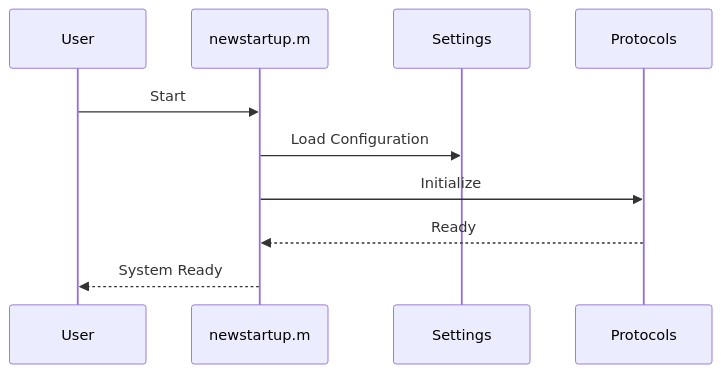
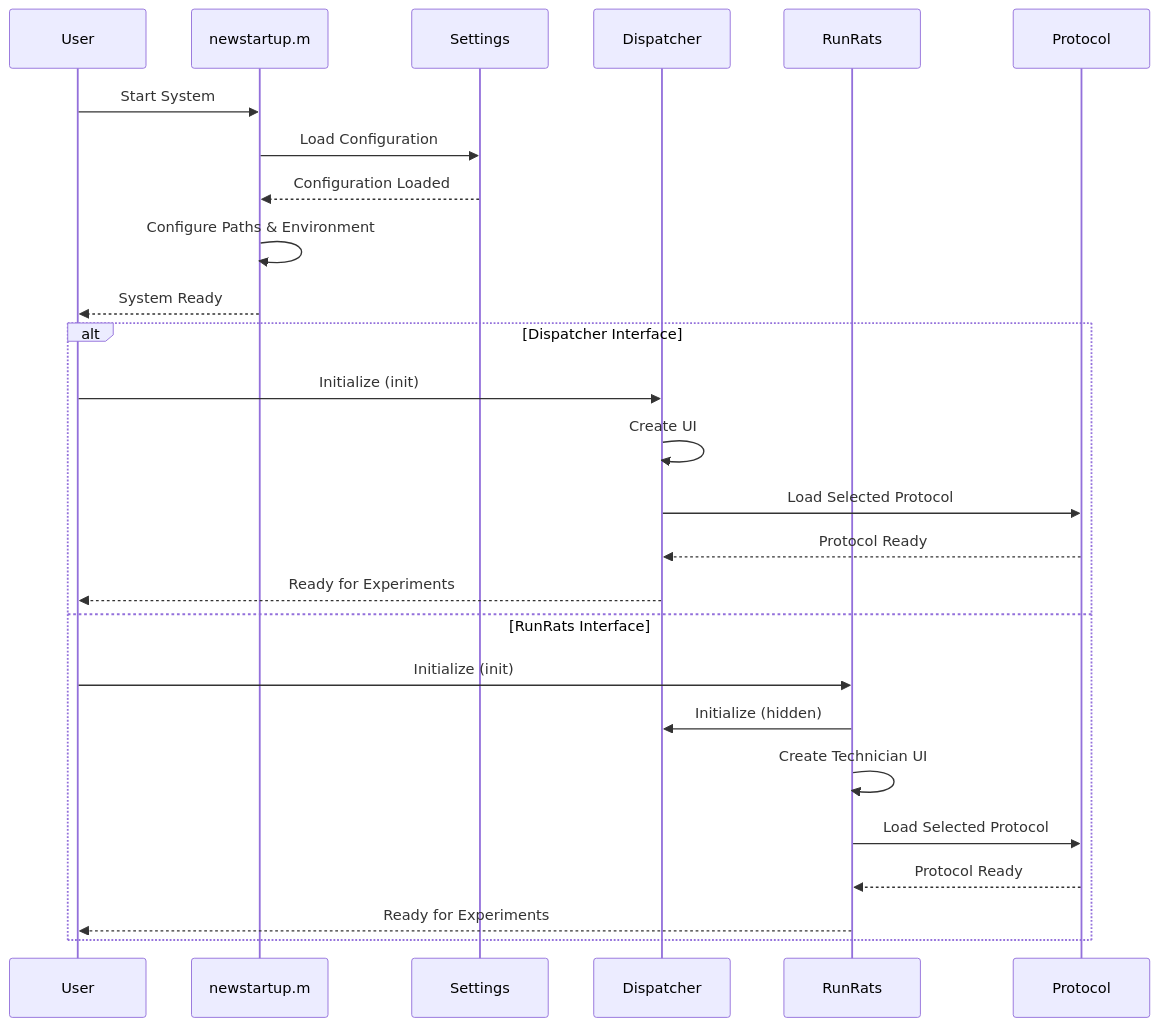
The third of 4 diagrams in docs/architecture/system-architecture.md (LIMLabSWC/ratter), drawn with Mermaid before and after one commit. The commit also changed other lines of this file and 1 other file, not shown here.

Commit message:
update mermaid graphs, add descriptions

````diff
--- a/docs/architecture/system-architecture.md
+++ b/docs/architecture/system-architecture.md
@@ -97,13 +118,30 @@
 ```mermaid
 sequenceDiagram
     participant User
-    participant System as newstartup.m
+    participant NS as newstartup.m
     participant Settings
-    participant Protocols
+    participant Dispatcher
+    participant RunRats
+    participant Protocol
 
-    User->>System: Start
-    System->>Settings: Load Configuration
-    System->>Protocols: Initialize
-    Protocols-->>System: Ready
-    System-->>User: System Ready
+    User->>NS: Start System
+    NS->>Settings: Load Configuration
+    Settings-->>NS: Configuration Loaded
+    NS->>NS: Configure Paths & Environment
+    NS-->>User: System Ready
+    
+    alt Dispatcher Interface
+        User->>Dispatcher: Initialize (init)
+        Dispatcher->>Dispatcher: Create UI
+        Dispatcher->>Protocol: Load Selected Protocol
+        Protocol-->>Dispatcher: Protocol Ready
+        Dispatcher-->>User: Ready for Experiments
+    else RunRats Interface
+        User->>RunRats: Initialize (init)
+        RunRats->>Dispatcher: Initialize (hidden)
+        RunRats->>RunRats: Create Technician UI
+        RunRats->>Protocol: Load Selected Protocol
+        Protocol-->>RunRats: Protocol Ready
+        RunRats-->>User: Ready for Experiments
+    end
 ```
````
